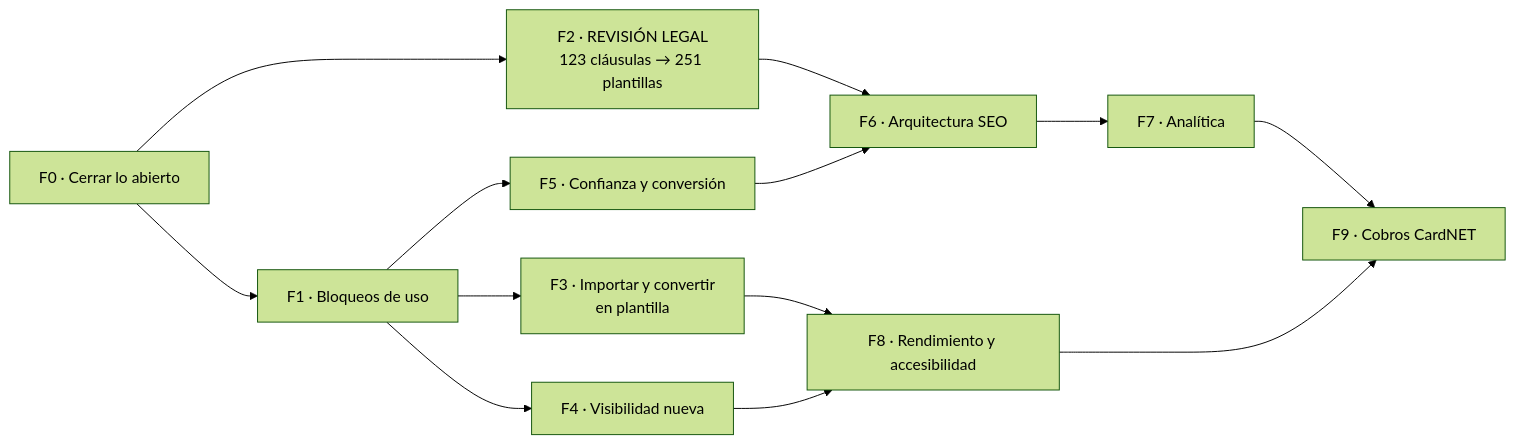
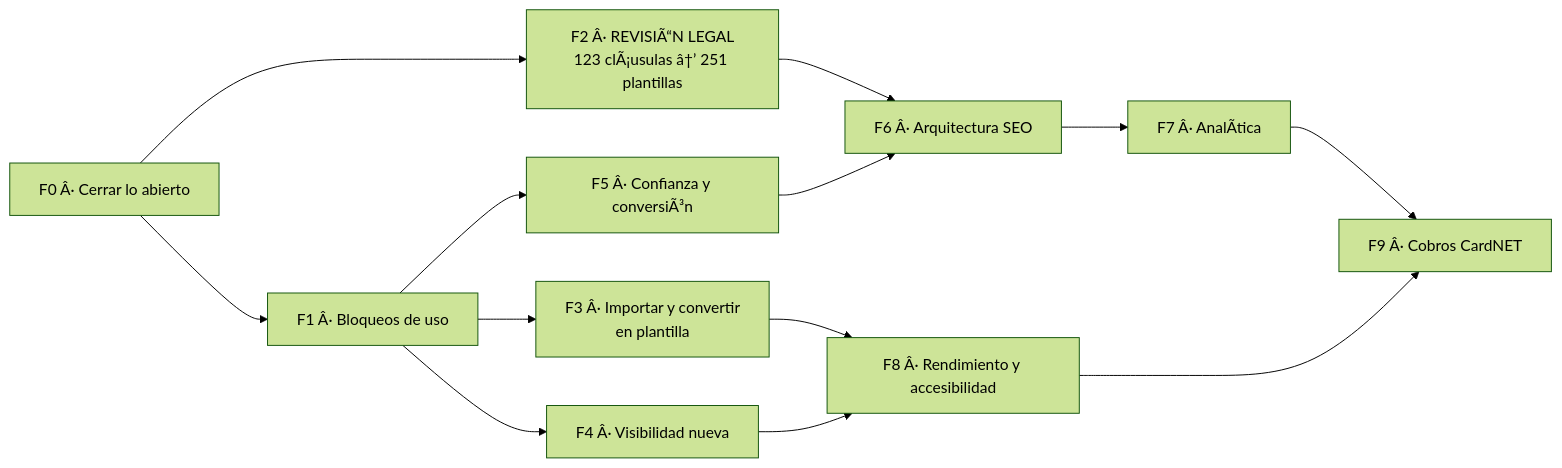
One commit to ElianaSalinas/CreadorDePlantillasLegales changed the diagram in docs/planificacion/12-PLAN-FINAL.md. Above: the diagram before and after it, drawn with Mermaid (forest theme). The commit also changed other lines of this file and 1 other file, not shown here.

````diff
--- a/docs/planificacion/12-PLAN-FINAL.md
+++ b/docs/planificacion/12-PLAN-FINAL.md
@@ -18,15 +18,15 @@
 ```mermaid
 flowchart LR
-  F0["F0 · Cerrar lo abierto"] --> F1["F1 · Bloqueos de uso"]
-  F0 --> F2["F2 · REVISIÓN LEGAL<br/>123 cláusulas → 251 plantillas"]
-  F1 --> F3["F3 · Importar y convertir<br/>en plantilla"]
-  F1 --> F4["F4 · Visibilidad nueva"]
-  F1 --> F5["F5 · Confianza y conversión"]
-  F2 --> F6["F6 · Arquitectura SEO"]
+  F0["F0 Â· Cerrar lo abierto"] --> F1["F1 Â· Bloqueos de uso"]
+  F0 --> F2["F2 Â· REVISIÃ“N LEGAL<br/>123 clÃ¡usulas â†’ 251 plantillas"]
+  F1 --> F3["F3 Â· Importar y convertir<br/>en plantilla"]
+  F1 --> F4["F4 Â· Visibilidad nueva"]
+  F1 --> F5["F5 Â· Confianza y conversiÃ³n"]
+  F2 --> F6["F6 Â· Arquitectura SEO"]
   F5 --> F6
-  F6 --> F7["F7 · Analítica"]
-  F3 --> F8["F8 · Rendimiento y accesibilidad"]
+  F6 --> F7["F7 Â· AnalÃ­tica"]
+  F3 --> F8["F8 Â· Rendimiento y accesibilidad"]
   F4 --> F8
-  F7 --> F9["F9 · Cobros CardNET"]
+  F7 --> F9["F9 Â· Cobros CardNET"]
   F8 --> F9
 ```
````
